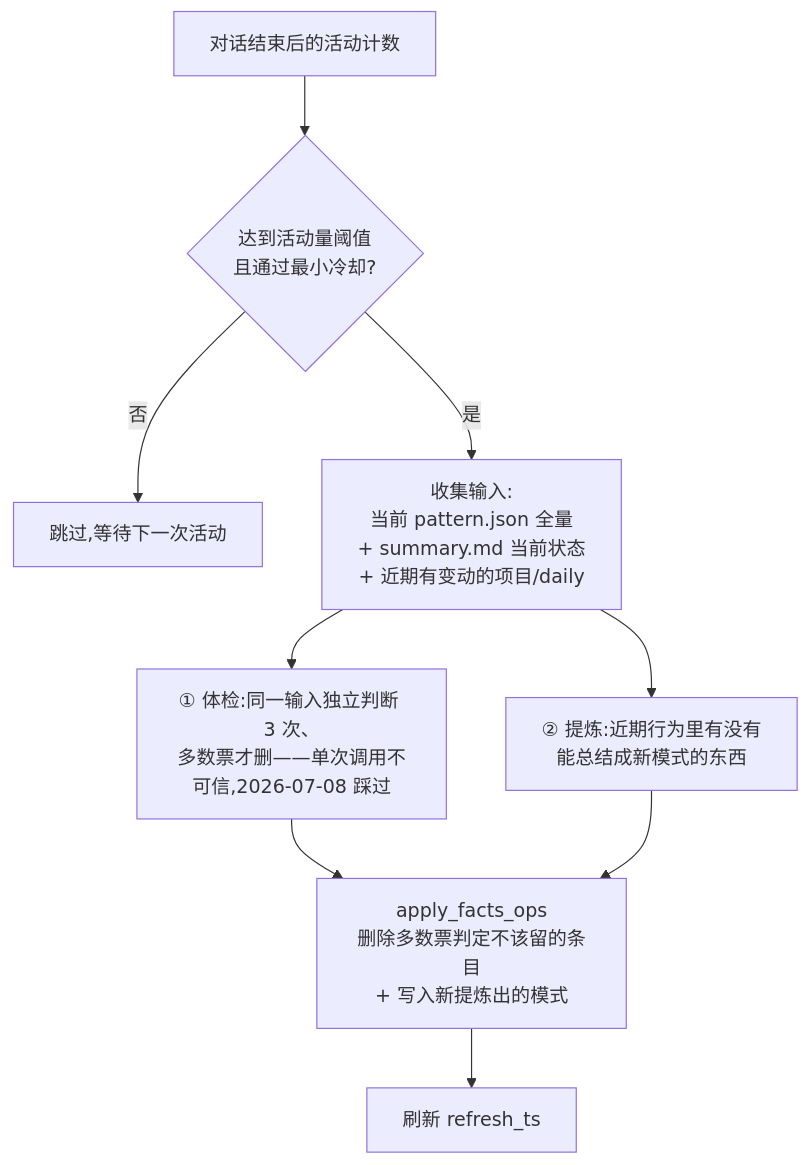
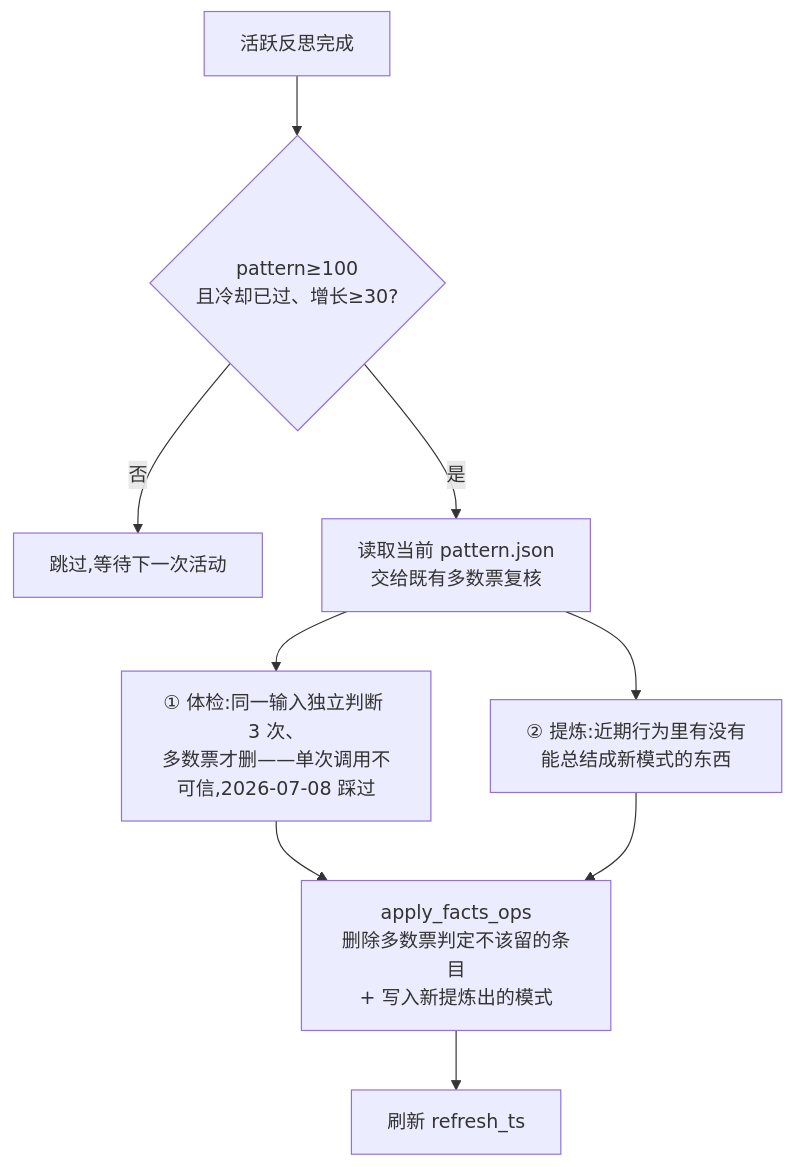
One commit to Coffeiz/Gugu-web changed the second of 2 diagrams in docs/agent/11-记忆系统.md. Above: the diagram before and after it, drawn with Mermaid. The commit also changed other lines of this file and 4 other files, not shown here.

````diff
--- a/docs/agent/11-记忆系统.md
+++ b/docs/agent/11-记忆系统.md
@@ -268,14 +267,14 @@
 ```mermaid
 flowchart TB
-    EVENT[对话结束后的活动计数] --> CHECK{达到活动量阈值<br/>且通过最小冷却?}
+    EVENT[活跃反思完成] --> CHECK{pattern≥100<br/>且冷却已过、增长≥30?}
     CHECK -- 否 --> SKIP[跳过,等待下一次活动]
-    CHECK -- 是 --> GATHER[收集输入:<br/>当前 pattern.json 全量<br/>+ summary.md 当前状态<br/>+ 近期有变动的项目/daily]
+    CHECK -- 是 --> GATHER[读取当前 pattern.json<br/>交给既有多数票复核]
 
     GATHER --> REVIEW[① 体检:同一输入独立判断 3 次、<br/>多数票才删——单次调用不可信,2026-07-08 踩过]
     GATHER --> MINE[② 提炼:近期行为里有没有<br/>能总结成新模式的东西]
 
     REVIEW --> APPLY[apply_facts_ops<br/>删除多数票判定不该留的条目<br/>+ 写入新提炼出的模式]
     MINE --> APPLY
 
     APPLY --> STAMP[刷新 refresh_ts]
 ```
````
